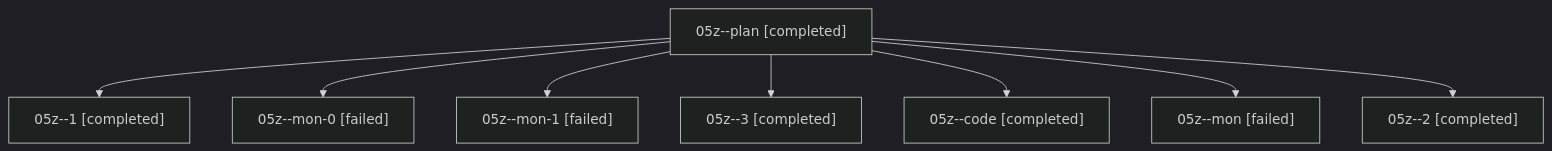
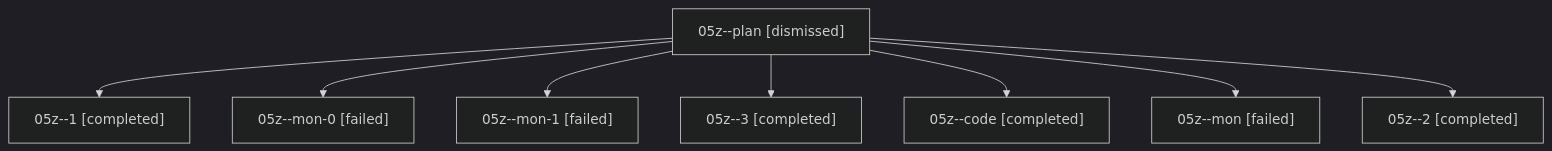
The diagram in families/bbugyi200.athena.05z.md (sase-org/sase--agents), drawn with Mermaid (dark theme) before and after one commit. The commit also changed other lines of this file and 530 other files, not shown here.

````diff
--- a/families/bbugyi200.athena.05z.md
+++ b/families/bbugyi200.athena.05z.md
@@ -9,18 +9,18 @@
 ```mermaid
 flowchart TD
-  n0["05z--plan [completed]"]
+  n0["05z--plan [dismissed]"]
   n1["05z--1 [completed]"]
   n0 --> n1
   n2["05z--mon-0 [failed]"]
   n0 --> n2
   n3["05z--mon-1 [failed]"]
   n0 --> n3
   n4["05z--3 [completed]"]
   n0 --> n4
   n5["05z--code [completed]"]
   n0 --> n5
   n6["05z--mon [failed]"]
   n0 --> n6
   n7["05z--2 [completed]"]
   n0 --> n7
 ```
````
